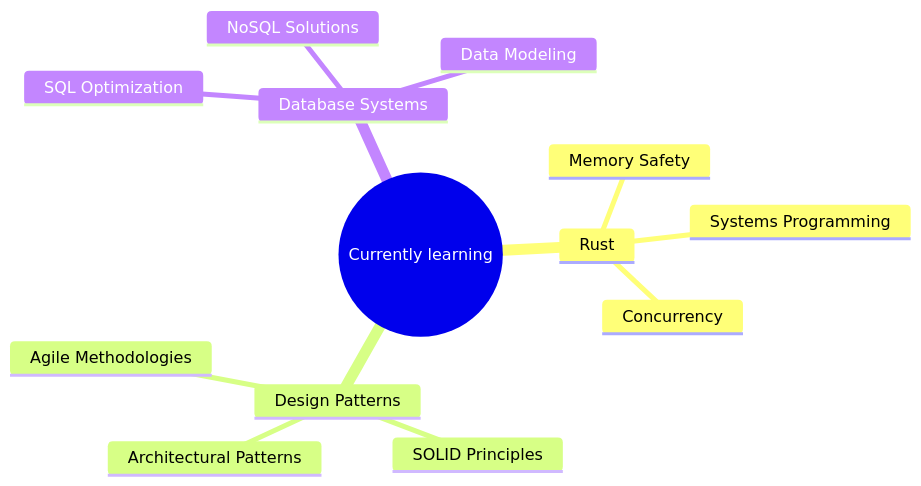
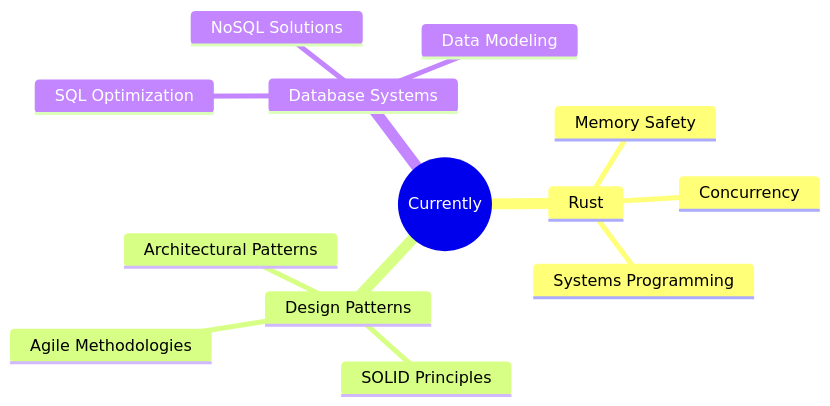
Before and after one commit to joseslavkis/joseslavkis: the diagram in README.md, drawn with Mermaid.

````diff
--- a/README.md
+++ b/README.md
@@ -100,16 +100,16 @@
 ```mermaid
 mindmap
-  root((Currently learning))
+  root((Currently))
     Rust
       Memory Safety
       Concurrency
       Systems Programming
     Design Patterns
       Architectural Patterns
       SOLID Principles
       Agile Methodologies
     Database Systems
       SQL Optimization
       NoSQL Solutions
       Data Modeling
 ```
````
